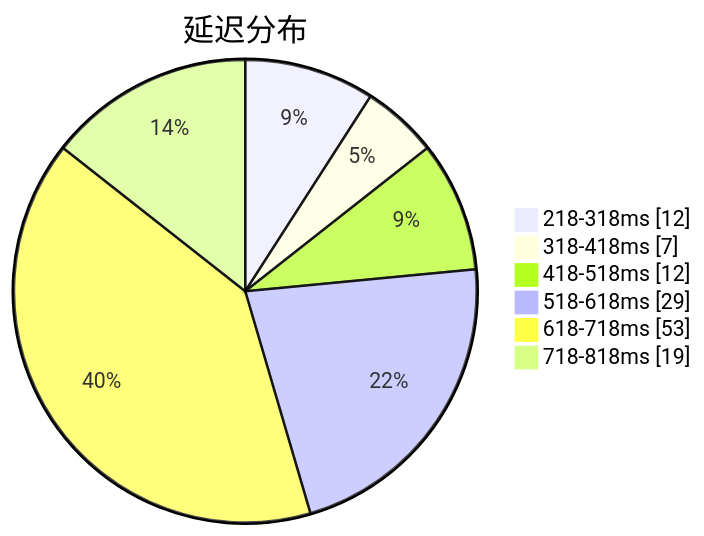
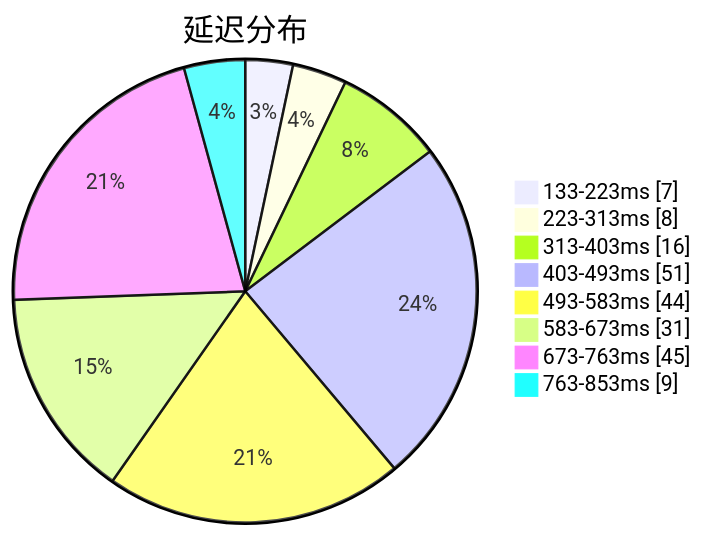
Before and after one commit to sinspired/airport: the first of 3 diagrams in subs/statistics/tested_within.md, drawn with Mermaid. The commit also changed other lines of this file and 2 other files, not shown here.

````diff
--- a/subs/statistics/tested_within.md
+++ b/subs/statistics/tested_within.md
@@ -2,10 +2,12 @@
 ```mermaid
 pie showData
 title 延迟分布
-"218-318ms" : 12
-"318-418ms" : 7
-"418-518ms" : 12
-"518-618ms" : 29
-"618-718ms" : 53
-"718-818ms" : 19
+"133-223ms" : 7
+"223-313ms" : 8
+"313-403ms" : 16
+"403-493ms" : 51
+"493-583ms" : 44
+"583-673ms" : 31
+"673-763ms" : 45
+"763-853ms" : 9
 ```
````
